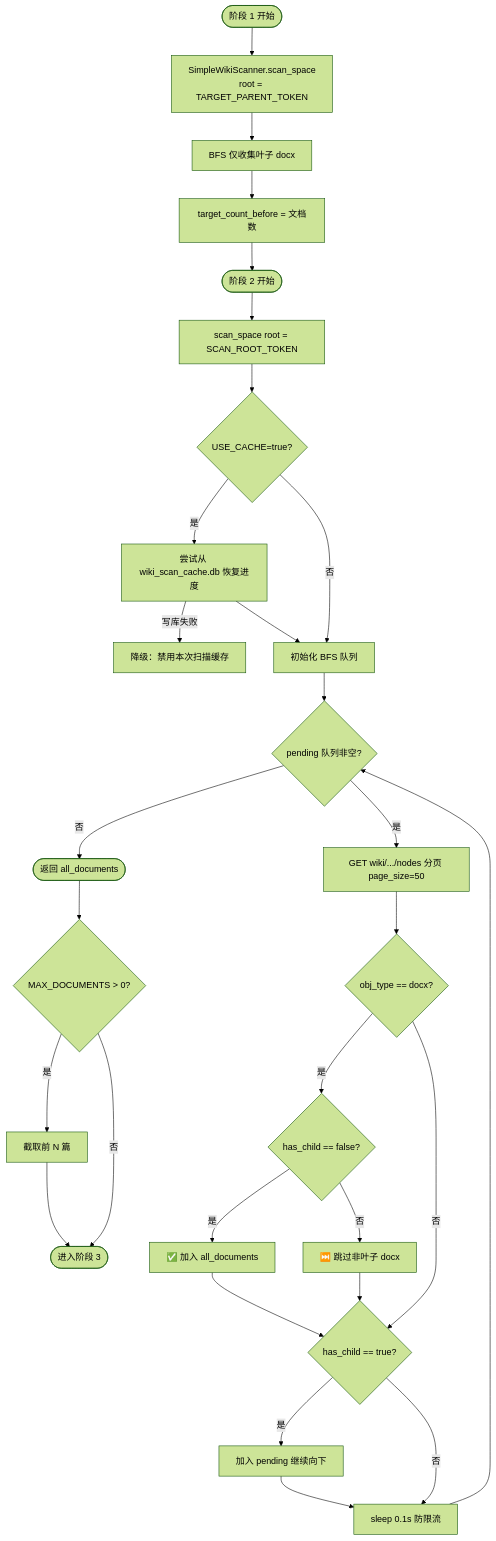
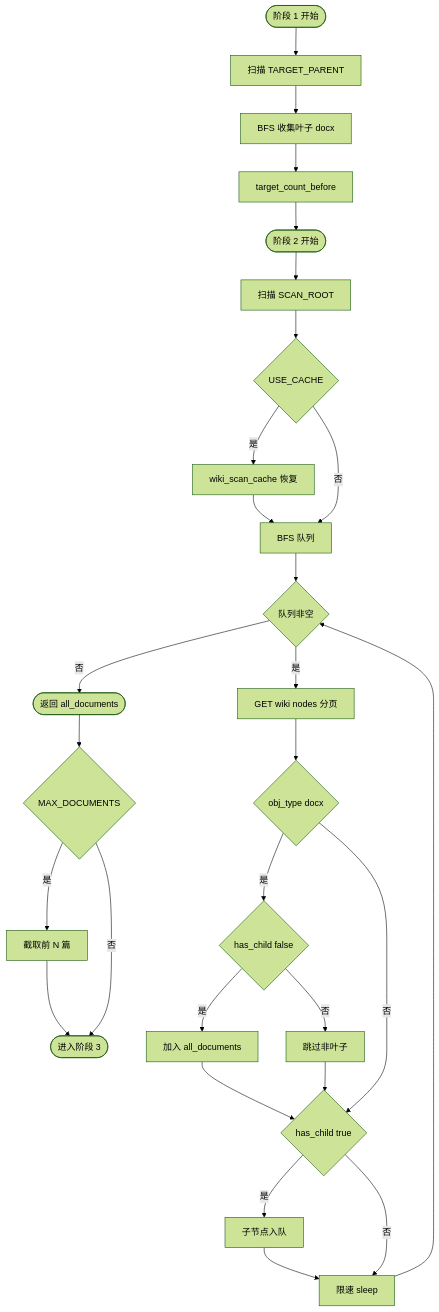
Before and after one commit to Leonard49/AI_DocClassifier: the third of 11 diagrams in docs/AI_DocClassifier说明文档.md, drawn with Mermaid (forest theme). The commit also changed other lines of this file and 1 other file, not shown here.

First line of the commit message:
Fix Mermaid flowcharts in docs and enable preview in workspace settings.

````diff
--- a/docs/AI_DocClassifier说明文档.md
+++ b/docs/AI_DocClassifier说明文档.md
@@ -588,37 +604,36 @@
 ```mermaid
 flowchart TD
-    T0([阶段 1 开始]) --> T1[SimpleWikiScanner.scan_space<br/>root = TARGET_PARENT_TOKEN]
-    T1 --> T2[BFS 仅收集叶子 docx]
-    T2 --> T3[target_count_before = 文档数]
+    T0([阶段 1 开始]) --> T1[扫描 TARGET_PARENT]
+    T1 --> T2[BFS 收集叶子 docx]
+    T2 --> T3[target_count_before]
 
     T3 --> T4([阶段 2 开始])
-    T4 --> T5[scan_space root = SCAN_ROOT_TOKEN]
-    T5 --> T6{USE_CACHE=true?}
-    T6 -->|是| T7[尝试从 wiki_scan_cache.db 恢复进度]
+    T4 --> T5[扫描 SCAN_ROOT]
+    T5 --> T6{USE_CACHE}
+    T6 -->|是| T7[wiki_scan_cache 恢复]
     T6 -->|否| T8
-    T7 -->|写库失败| T7D[降级：禁用本次扫描缓存]
-    T7 --> T8[初始化 BFS 队列]
+    T7 --> T8[BFS 队列]
 
-    T8 --> T9{pending 队列非空?}
+    T8 --> T9{队列非空}
     T9 -->|否| T9D([返回 all_documents])
-    T9 -->|是| T10[GET wiki/.../nodes 分页 page_size=50]
+    T9 -->|是| T10[GET wiki nodes 分页]
 
-    T10 --> T11{obj_type == docx?}
-    T11 -->|是| T12{has_child == false?}
+    T10 --> T11{obj_type docx}
+    T11 -->|是| T12{has_child false}
     T11 -->|否| T14
-    T12 -->|是| T13[✅ 加入 all_documents]
-    T12 -->|否| T12S[⏭️ 跳过非叶子 docx]
+    T12 -->|是| T13[加入 all_documents]
+    T12 -->|否| T12S[跳过非叶子]
     T13 --> T14
     T12S --> T14
 
-    T14{has_child == true?}
-    T14 -->|是| T15[加入 pending 继续向下]
-    T14 -->|否| T16[sleep 0.1s 防限流]
+    T14{has_child true}
+    T14 -->|是| T15[子节点入队]
+    T14 -->|否| T16[限速 sleep]
     T15 --> T16
     T16 --> T9
 
-    T9D --> T17{MAX_DOCUMENTS > 0?}
+    T9D --> T17{MAX_DOCUMENTS}
     T17 -->|是| T18[截取前 N 篇]
     T17 -->|否| T19([进入阶段 3])
     T18 --> T19
 ```
````
